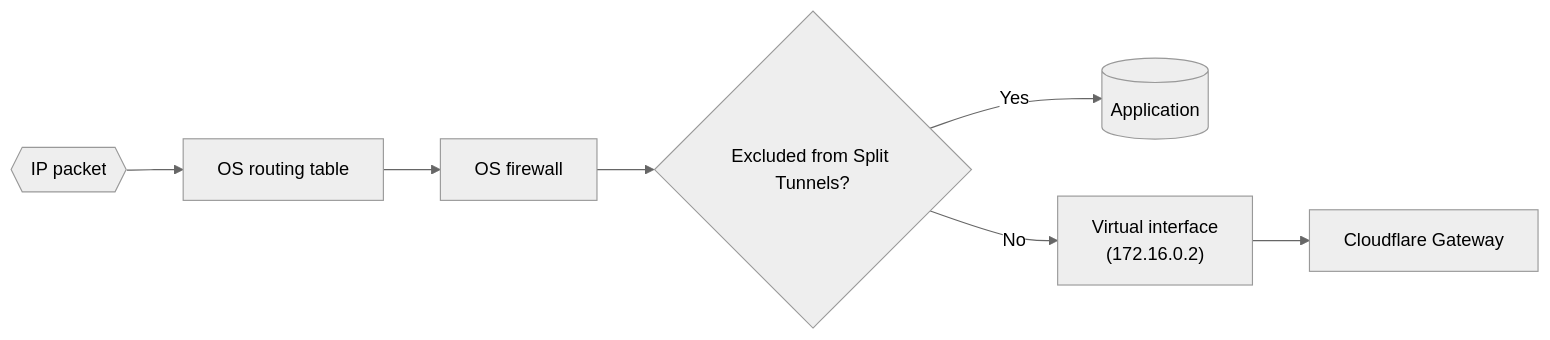
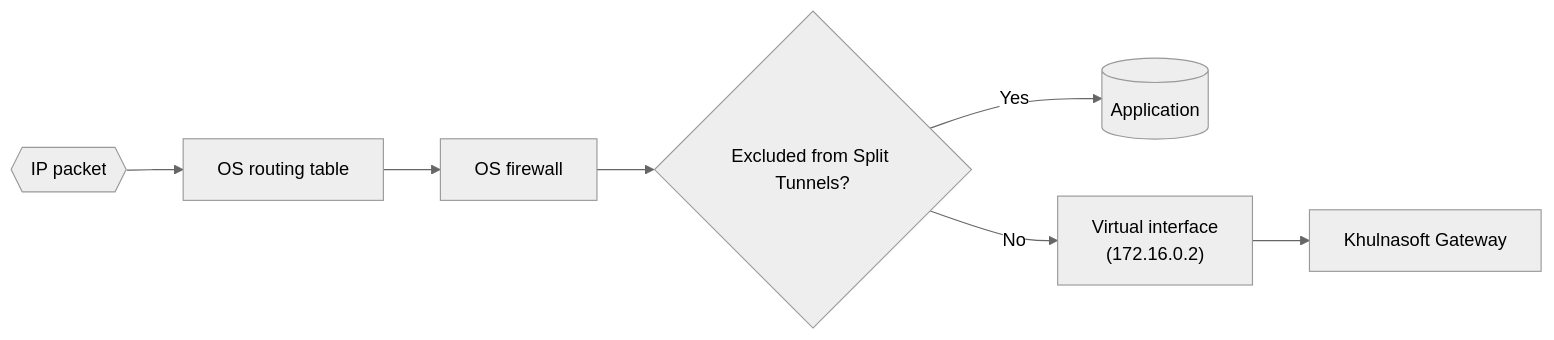
The third of 3 diagrams in content/cloudflare-one/connections/connect-devices/warp/configure-warp/route-traffic/warp-architecture.md (NxPKG/khulnasoft-docs), drawn with Mermaid (neutral theme) before and after one commit. The commit also changed other lines of this file and 2914 other files, not shown here.

````diff
--- a/content/cloudflare-one/connections/connect-devices/warp/configure-warp/route-traffic/warp-architecture.md
+++ b/content/cloudflare-one/connections/connect-devices/warp/configure-warp/route-traffic/warp-architecture.md
@@ -170,6 +170,6 @@
 ```mermaid
 flowchart LR
 P{{IP packet}}-->R["OS routing table"]-->F["OS firewall"] --> S{Excluded from Split Tunnels?}
 S -- Yes --> A[(Application)]
-S -- No --> U["Virtual interface<br> (172.16.0.2)"] --> G[Cloudflare Gateway]
+S -- No --> U["Virtual interface<br> (172.16.0.2)"] --> G[Khulnasoft Gateway]
 ```
````
